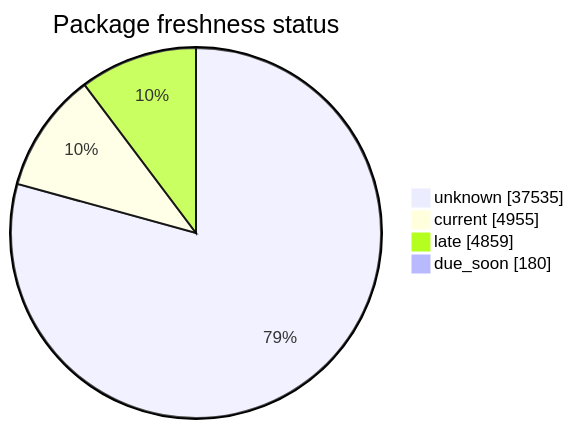
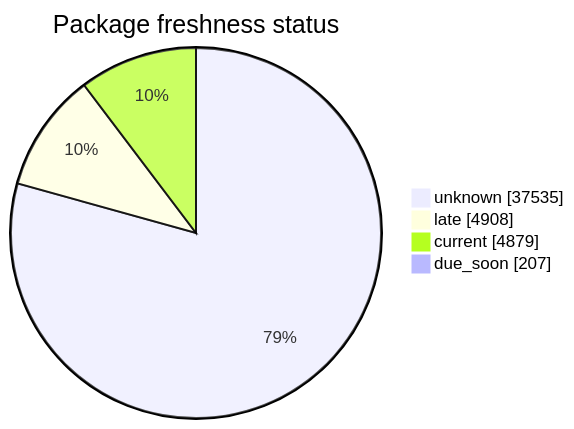
One commit to open-data/analytics-corporate-reporting changed the second of 5 diagrams in FreshCheck/README.md. Above: the diagram before and after it, drawn with Mermaid. The commit also changed other lines of this file and 3 other files, not shown here.

````diff
--- a/FreshCheck/README.md
+++ b/FreshCheck/README.md
@@ -69,7 +69,7 @@
 ```mermaid
 pie showData title Package freshness status
     "unknown": 37535
-    "current": 4955
-    "late": 4859
-    "due_soon": 180
+    "late": 4908
+    "current": 4879
+    "due_soon": 207
 ```
````
